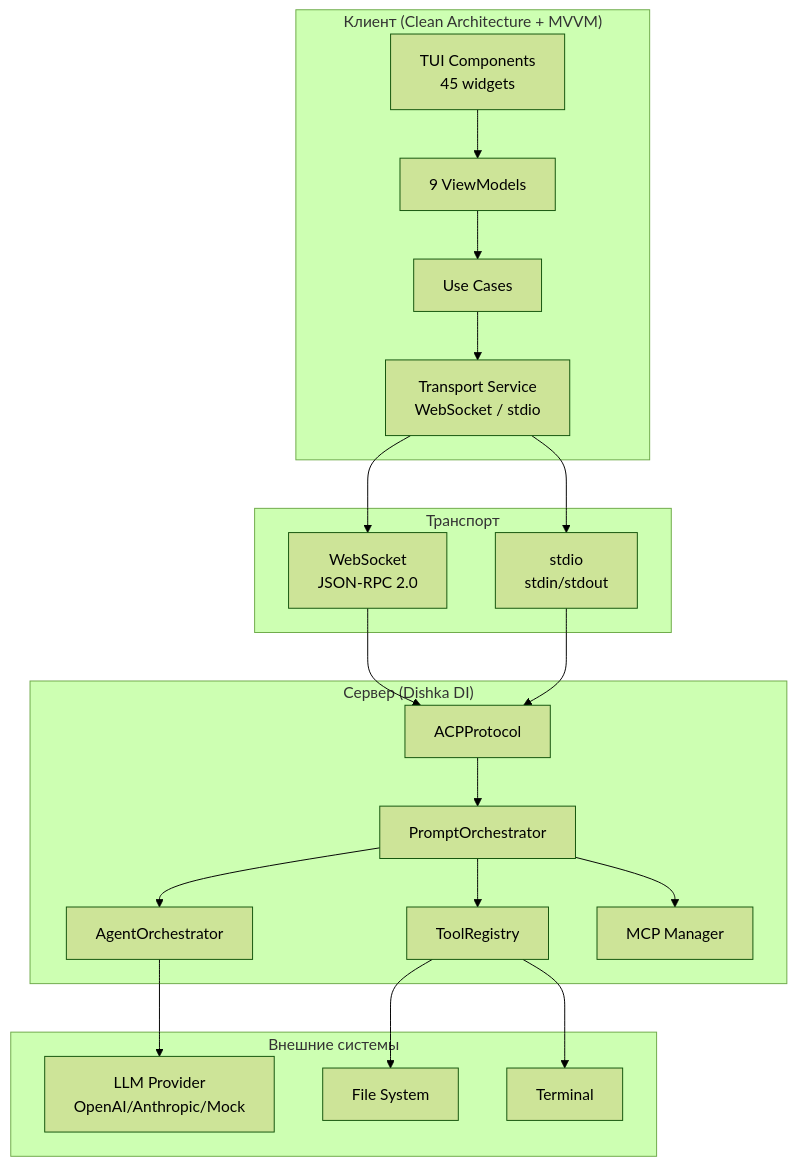
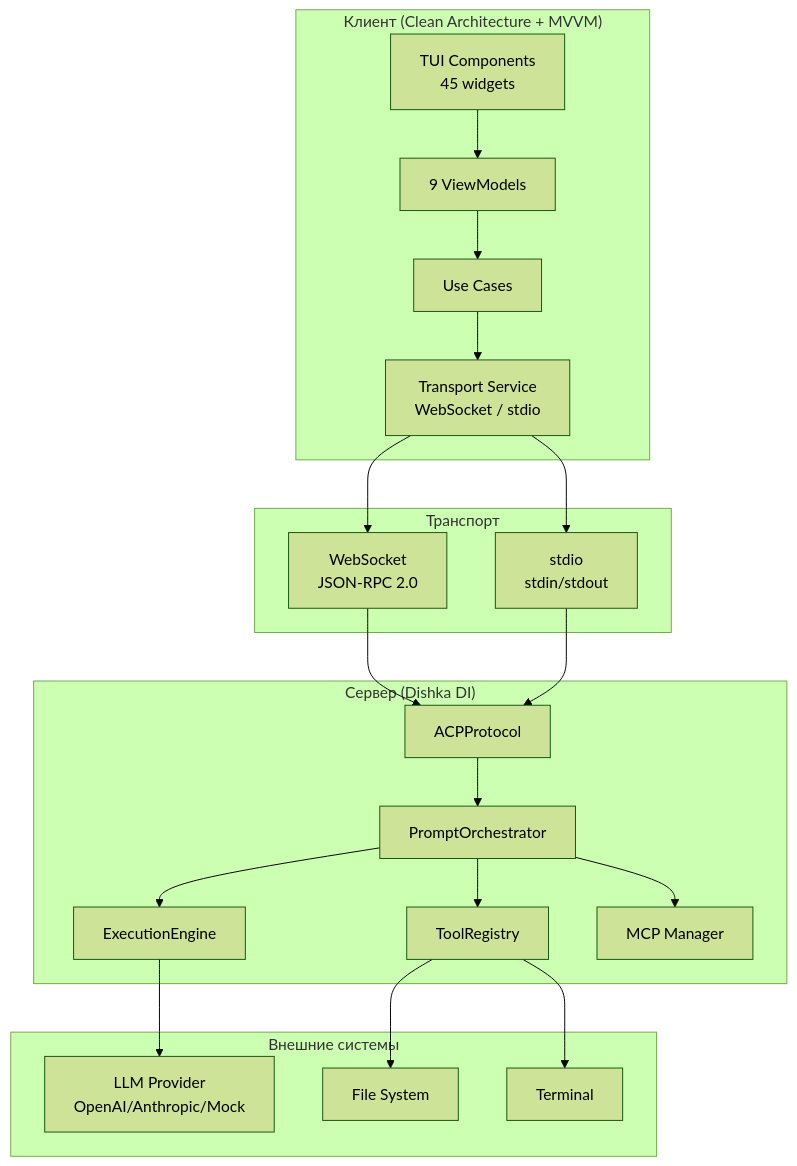
One commit to pese-git/codelab-agent changed the diagram in doc/product/overview/01-introduction.md. Above: the diagram before and after it, drawn with Mermaid (forest theme). The commit also changed 5 other files, not shown here.

First line of the commit message:
docs: заменить AgentOrchestrator на ExecutionEngine, обновить описания

````diff
--- a/doc/product/overview/01-introduction.md
+++ b/doc/product/overview/01-introduction.md
@@ -72,34 +72,34 @@
 ```mermaid
 graph TB
     subgraph Client["Клиент (Clean Architecture + MVVM)"]
         TUI[TUI Components<br/>45 widgets]
         VM[9 ViewModels]
         UC[Use Cases]
         TS[Transport Service<br/>WebSocket / stdio]
     end
     
     subgraph Transport["Транспорт"]
         WS[WebSocket<br/>JSON-RPC 2.0]
         STDIO[stdio<br/>stdin/stdout]
     end
     
     subgraph Server["Сервер (Dishka DI)"]
         AP[ACPProtocol]
         PO[PromptOrchestrator]
-        AO[AgentOrchestrator]
+        EE[ExecutionEngine]
         TR[ToolRegistry]
         MCP[MCP Manager]
     end
     
     subgraph External["Внешние системы"]
         LLM[LLM Provider<br/>OpenAI/Anthropic/Mock]
         FS[File System]
         TERM[Terminal]
     end
     
     TUI --> VM --> UC --> TS
     TS --> WS & STDIO
-    WS & STDIO --> AP --> PO --> AO --> LLM
+    WS & STDIO --> AP --> PO --> EE --> LLM
     PO --> TR --> FS & TERM
     PO --> MCP
 ```
````
